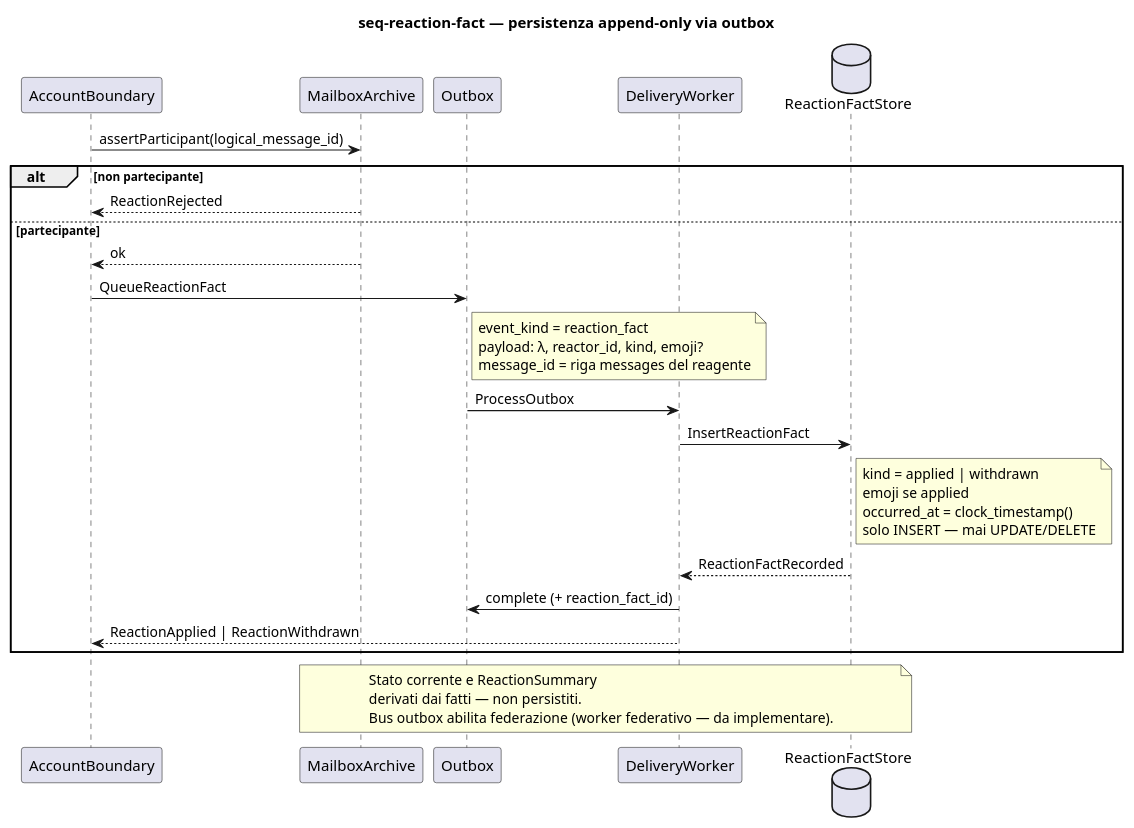
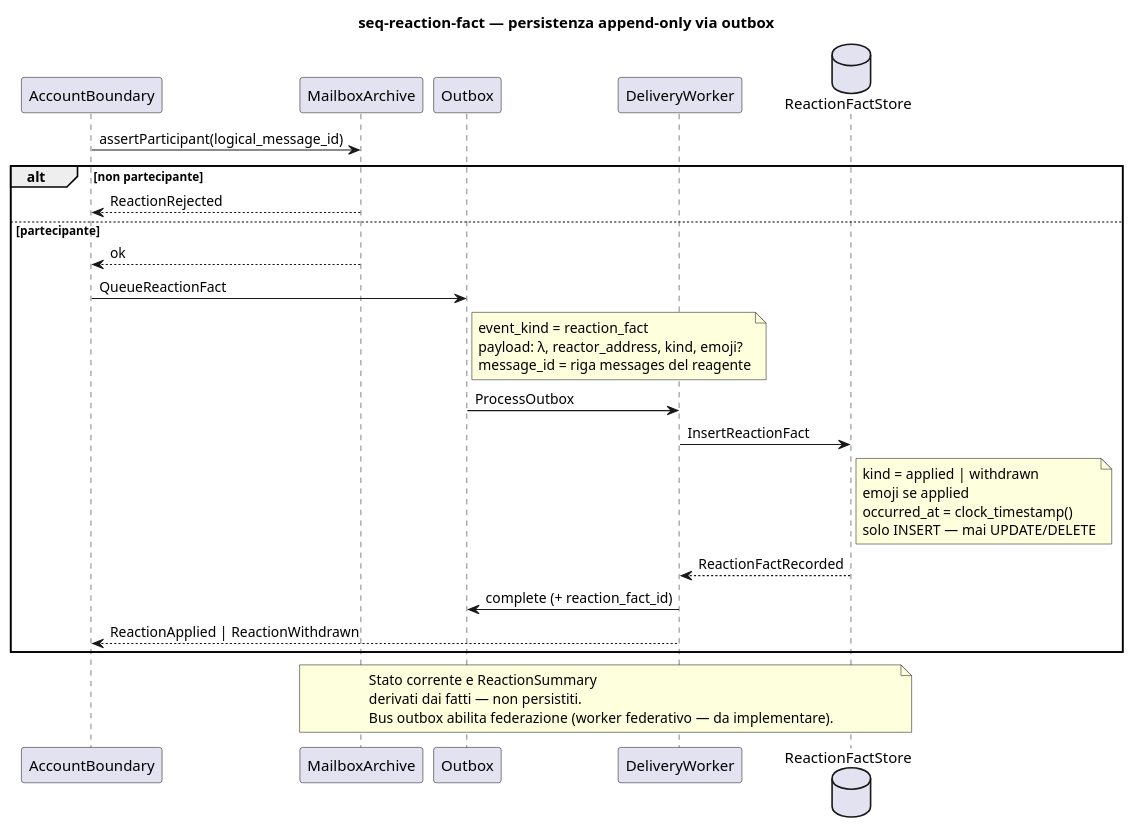
The diagram in docs/model/uml/messaging/seq-reaction-fact.puml (alfred-im/alfred-im), drawn with PlantUML before and after one commit. The commit also changed 8 other files, not shown here.

First line of the commit message:
docs(gotham): reaction federate con reactor_address (no UUID profilo)

```diff
--- a/docs/model/uml/messaging/seq-reaction-fact.puml
+++ b/docs/model/uml/messaging/seq-reaction-fact.puml
@@ -1,44 +1,44 @@
 @startuml seq-reaction-fact
 ' Context: messaging
 ' Profile: platform
 ' Revision: 2026-09-05
 
 title seq-reaction-fact — persistenza append-only via outbox
 
 participant "AccountBoundary" as AB
 participant "MailboxArchive" as MSG
 participant "Outbox" as OB
 participant "DeliveryWorker" as DW
 database "ReactionFactStore" as RFS
 
 AB -> MSG : assertParticipant(logical_message_id)
 alt non partecipante
   MSG --> AB : ReactionRejected
 else partecipante
   MSG --> AB : ok
   AB -> OB : QueueReactionFact
   note right of OB
     event_kind = reaction_fact
-    payload: λ, reactor_id, kind, emoji?
+    payload: λ, reactor_address, kind, emoji?
     message_id = riga messages del reagente
   end note
   OB -> DW : ProcessOutbox
   DW -> RFS : InsertReactionFact
   note right of RFS
     kind = applied | withdrawn
     emoji se applied
     occurred_at = clock_timestamp()
     solo INSERT — mai UPDATE/DELETE
   end note
   RFS --> DW : ReactionFactRecorded
   DW -> OB : complete (+ reaction_fact_id)
   DW --> AB : ReactionApplied | ReactionWithdrawn
 end
 
 note over MSG, RFS
   Stato corrente e ReactionSummary
   derivati dai fatti — non persistiti.
   Bus outbox abilita federazione (worker federativo — da implementare).
 end note
 
 @enduml
```
